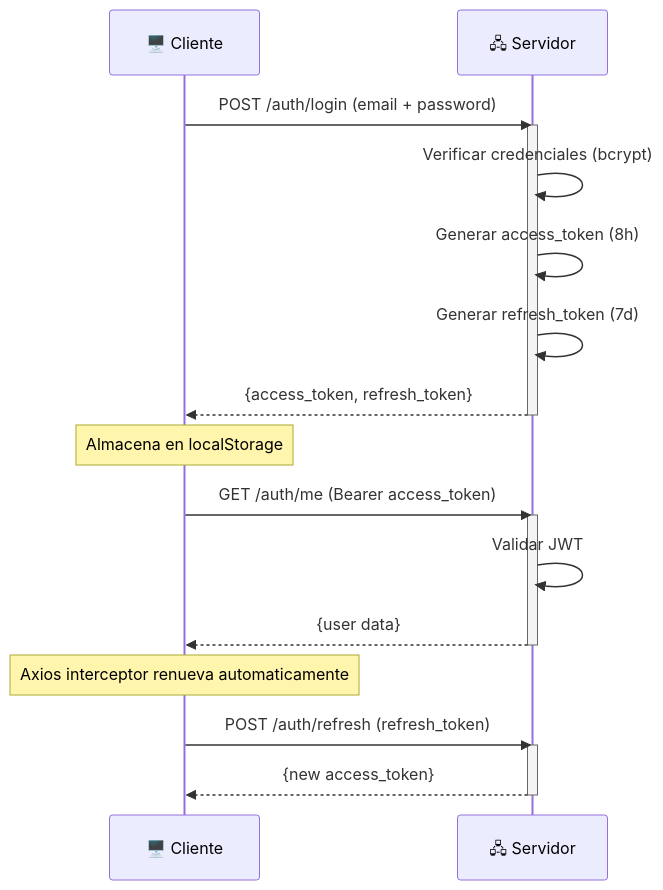
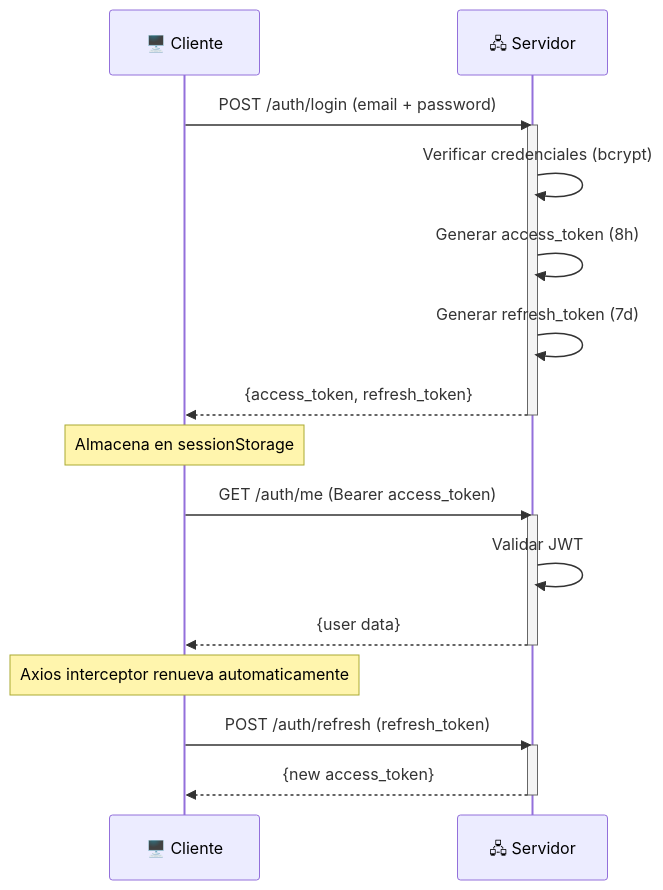
Before and after one commit to mrwil82/SIGAI-SES: the second of 4 diagrams in ENTREGABLES_SIGAI_SES/01_DOCUMENTACION_TECNICA/MANUALES/01_MANUAL_TECNICO.md, drawn with Mermaid. The commit also changed other lines of this file and 54 other files, not shown here.

````diff
--- a/ENTREGABLES_SIGAI_SES/01_DOCUMENTACION_TECNICA/MANUALES/01_MANUAL_TECNICO.md
+++ b/ENTREGABLES_SIGAI_SES/01_DOCUMENTACION_TECNICA/MANUALES/01_MANUAL_TECNICO.md
@@ -352,28 +352,28 @@
 ```mermaid
 sequenceDiagram
     participant C as 🖥️ Cliente
     participant S as 🖧 Servidor
 
     C->>S: POST /auth/login (email + password)
     activate S
     S->>S: Verificar credenciales (bcrypt)
     S->>S: Generar access_token (8h)
     S->>S: Generar refresh_token (7d)
     S-->>C: {access_token, refresh_token}
     deactivate S
 
-    Note over C: Almacena en localStorage
+    Note over C: Almacena en sessionStorage
 
     C->>S: GET /auth/me (Bearer access_token)
     activate S
     S->>S: Validar JWT
     S-->>C: {user data}
     deactivate S
 
     Note over C: Axios interceptor renueva automaticamente
 
     C->>S: POST /auth/refresh (refresh_token)
     activate S
     S-->>C: {new access_token}
     deactivate S
 ```
````
